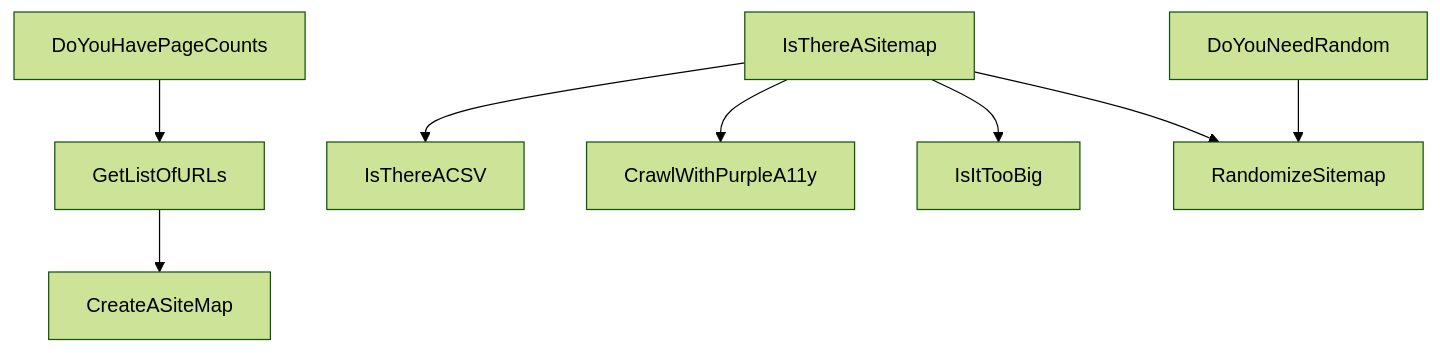
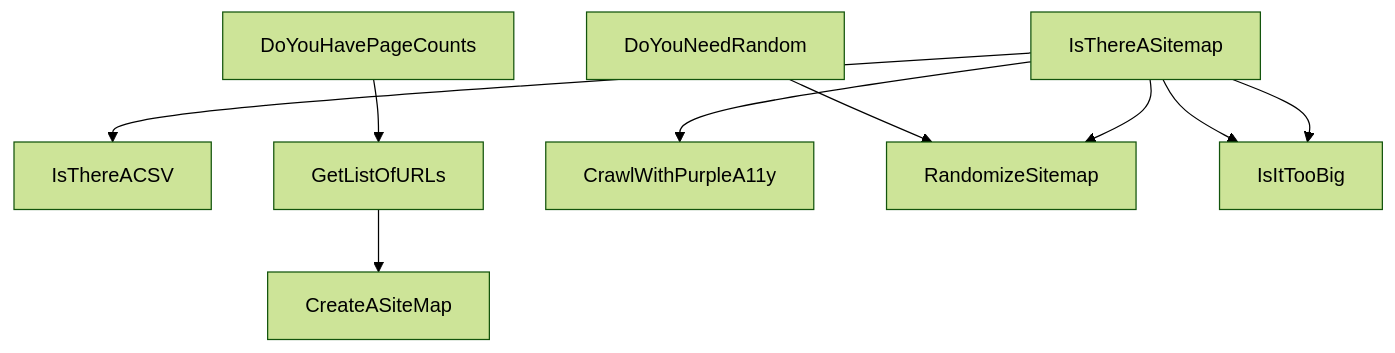
Before and after one commit to mgifford/purple-a11y: the diagram in sitemap-tools/decision-tree.md, drawn with Mermaid (forest theme).

````diff
--- a/sitemap-tools/decision-tree.md
+++ b/sitemap-tools/decision-tree.md
@@ -3,10 +3,12 @@
 ```mermaid
 graph TD;
     IsThereASitemap-->IsThereACSV;
     DoYouHavePageCounts-->GetListOfURLs;
     GetListOfURLs-->CreateASiteMap;
     IsThereASitemap-->CrawlWithPurpleA11y;
     DoYouNeedRandom-->RandomizeSitemap;
     IsThereASitemap-->IsItTooBig;
     IsThereASitemap-->RandomizeSitemap;
+    IsThereASitemap-->IsItTooBig;
+
 ```
````
